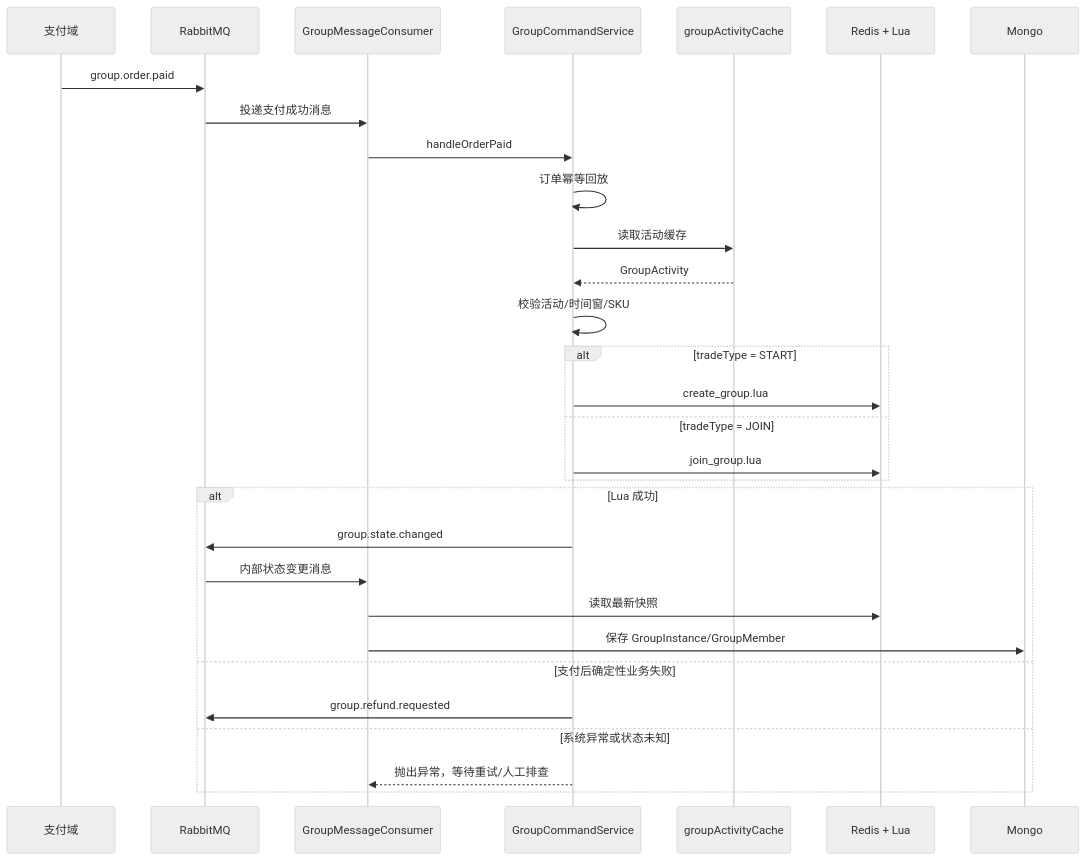
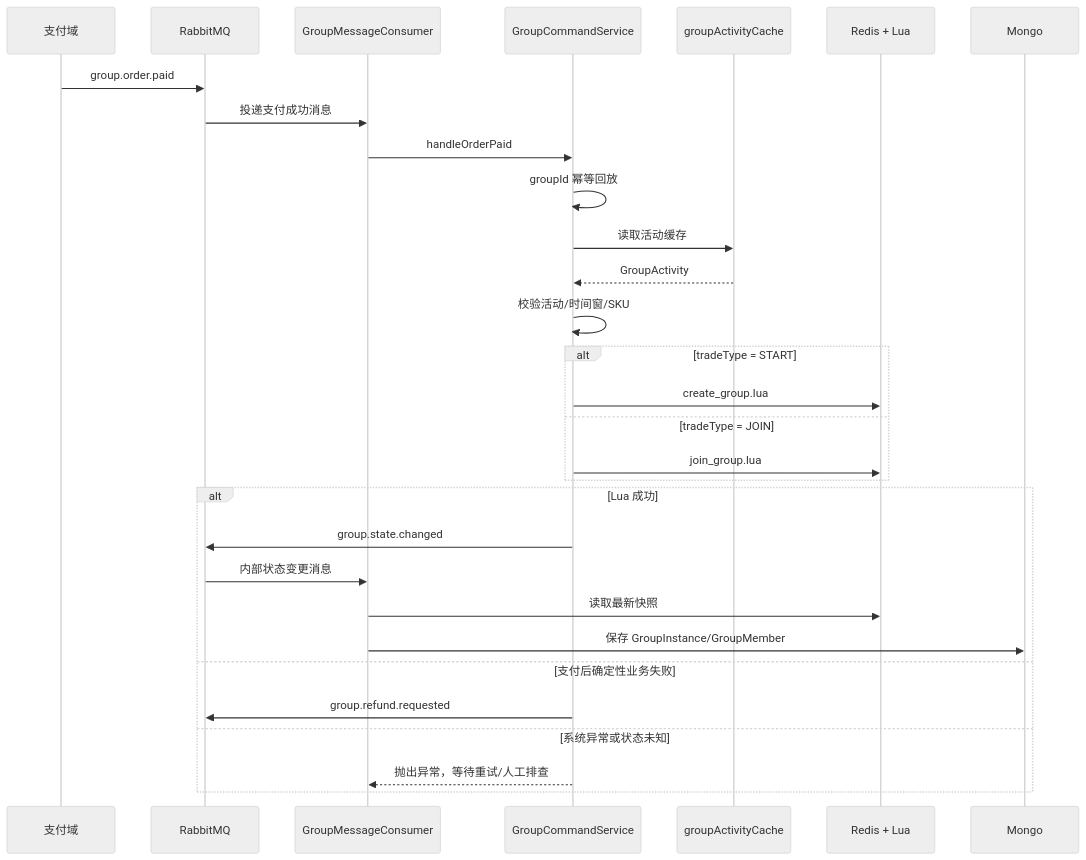
Before and after one commit to lxw6933/ww-app: the third of 7 diagrams in ww-mall/ww-promotion/PROCESS_FLOW.md, drawn with Mermaid (neutral theme). The commit also changed other lines of this file and 11 other files, not shown here.

````diff
--- a/ww-mall/ww-promotion/PROCESS_FLOW.md
+++ b/ww-mall/ww-promotion/PROCESS_FLOW.md
@@ -228,33 +223,33 @@
 ```mermaid
 sequenceDiagram
     participant Pay as 支付域
     participant MQ as RabbitMQ
     participant Consumer as GroupMessageConsumer
     participant Cmd as GroupCommandService
     participant Cache as groupActivityCache
     participant Redis as Redis + Lua
     participant Mongo as Mongo
 
     Pay->>MQ: group.order.paid
     MQ->>Consumer: 投递支付成功消息
     Consumer->>Cmd: handleOrderPaid
-    Cmd->>Cmd: 订单幂等回放
+    Cmd->>Cmd: groupId 幂等回放
     Cmd->>Cache: 读取活动缓存
     Cache-->>Cmd: GroupActivity
     Cmd->>Cmd: 校验活动/时间窗/SKU
     alt tradeType = START
         Cmd->>Redis: create_group.lua
     else tradeType = JOIN
         Cmd->>Redis: join_group.lua
     end
     alt Lua 成功
         Cmd->>MQ: group.state.changed
         MQ->>Consumer: 内部状态变更消息
         Consumer->>Redis: 读取最新快照
         Consumer->>Mongo: 保存 GroupInstance/GroupMember
     else 支付后确定性业务失败
         Cmd->>MQ: group.refund.requested
     else 系统异常或状态未知
         Cmd-->>Consumer: 抛出异常，等待重试/人工排查
     end
 ```
````
